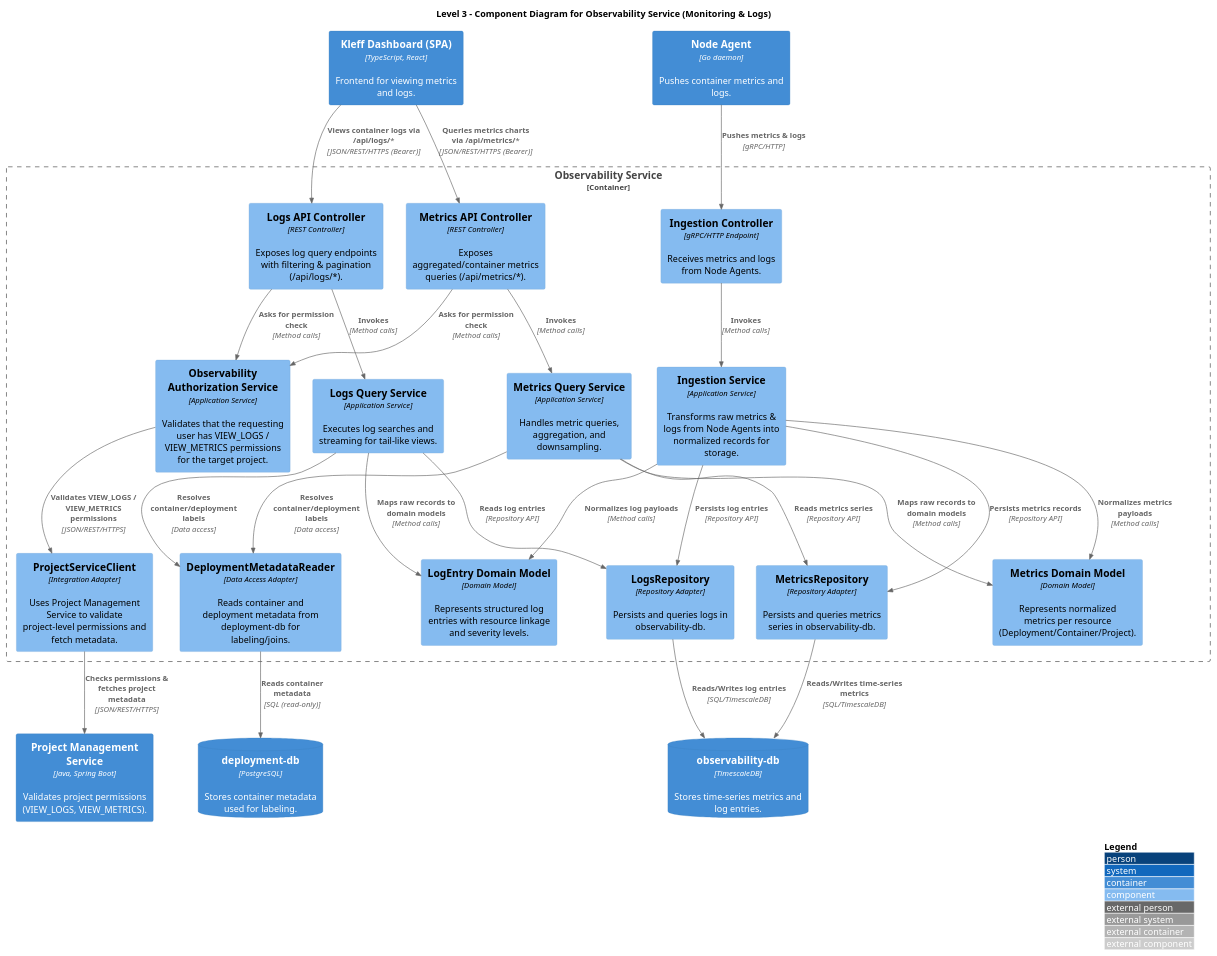
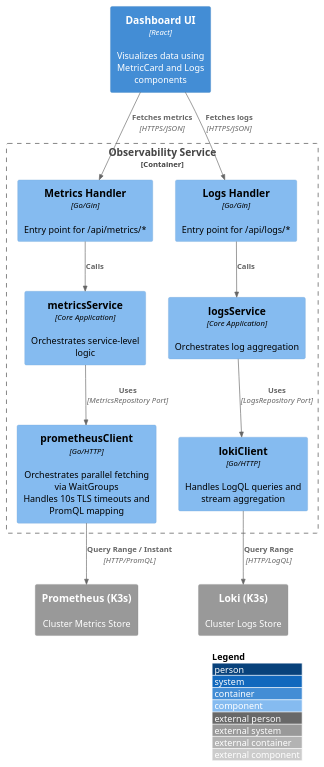
The diagram in docs/Observability/C4L3_Observability.puml (kleffio/.github), drawn with PlantUML before and after one commit.

Commit message:
Refactor Observability diagram and components

```diff
--- a/docs/Observability/C4L3_Observability.puml
+++ b/docs/Observability/C4L3_Observability.puml
@@ -1,87 +1,33 @@
-@startuml Kleff Hosting C4L3 - Observability
-!includeurl https://raw.githubusercontent.com/plantuml-stdlib/C4-PlantUML/master/C4_Component.puml
+@startuml Kleff Hosting - C4 Level 3 Observability Final
+!include https://raw.githubusercontent.com/plantuml-stdlib/C4-PlantUML/master/C4_Component.puml
 
 LAYOUT_WITH_LEGEND()
 
-title Level 3 - Component Diagram for Observability Service (Monitoring & Logs)
+Container(spa, "Dashboard UI", "React", "Visualizes data using MetricCard and Logs components")
 
-' ==== External Containers / Systems (from C4L2) ====
-Container(spa, "Kleff Dashboard (SPA)", "TypeScript, React", "Frontend for viewing metrics and logs.")
-Container(node_agent, "Node Agent", "Go daemon", "Pushes container metrics and logs.")
-Container(project_svc, "Project Management Service", "Java, Spring Boot", "Validates project permissions (VIEW_LOGS, VIEW_METRICS).")
-ContainerDb(obs_db, "observability-db", "TimescaleDB", "Stores time-series metrics and log entries.")
-ContainerDb(deployment_db, "deployment-db", "PostgreSQL", "Stores container metadata used for labeling.")
+Container_Boundary(obs_service, "Observability Service") {
+    Component(metrics_handler, "Metrics Handler", "Go/Gin", "Entry point for /api/metrics/*")
+    Component(logs_handler, "Logs Handler", "Go/Gin", "Entry point for /api/logs/*")
+    
+    Component(metrics_service, "metricsService", "Core Application", "Orchestrates service-level logic")
+    Component(logs_service, "logsService", "Core Application", "Orchestrates log aggregation")
 
-' ==== Observability Service Boundary ====
-Container_Boundary(obs_svc, "Observability Service") {
-
-  ' ---- API Layer (Controllers) ----
-  Component(metrics_api, "Metrics API Controller", "REST Controller", "Exposes aggregated/container metrics queries (/api/metrics/*).")
-
-  Component(logs_api, "Logs API Controller", "REST Controller", "Exposes log query endpoints with filtering & pagination (/api/logs/*).")
-
-  Component(ingest_api, "Ingestion Controller", "gRPC/HTTP Endpoint", "Receives metrics and logs from Node Agents.")
-
-  ' ---- Application / Service Layer ----
-  Component(metrics_query_svc, "Metrics Query Service", "Application Service", "Handles metric queries, aggregation, and downsampling.")
-
-  Component(logs_query_svc, "Logs Query Service", "Application Service", "Executes log searches and streaming for tail-like views.")
-
-  Component(ingest_svc, "Ingestion Service", "Application Service", "Transforms raw metrics & logs from Node Agents into normalized records for storage.")
-
-  Component(obs_auth_svc, "Observability Authorization Service", "Application Service", "Validates that the requesting user has VIEW_LOGS / VIEW_METRICS permissions for the target project.")
-
-  ' ---- Domain Layer ----
-  Component(metrics_domain, "Metrics Domain Model", "Domain Model", "Represents normalized metrics per resource (Deployment/Container/Project).")
-
-  Component(logs_domain, "LogEntry Domain Model", "Domain Model", "Represents structured log entries with resource linkage and severity levels.")
-
-  ' ---- Infrastructure / Adapters ----
-  Component(metrics_repo, "MetricsRepository", "Repository Adapter", "Persists and queries metrics series in observability-db.")
-
-  Component(logs_repo, "LogsRepository", "Repository Adapter", "Persists and queries logs in observability-db.")
-
-  Component(project_client, "ProjectServiceClient", "Integration Adapter", "Uses Project Management Service to validate project-level permissions and fetch metadata.")
-
-  Component(deployment_reader, "DeploymentMetadataReader", "Data Access Adapter", "Reads container and deployment metadata from deployment-db for labeling/joins.")
+    Component(prom_adapter, "prometheusClient", "Go/HTTP", "Orchestrates parallel fetching via WaitGroups\nHandles 10s TLS timeouts and PromQL mapping")
+    Component(loki_adapter, "lokiClient", "Go/HTTP", "Handles LogQL queries and stream aggregation")
 }
 
-' ==== Relationships: SPA -> Observability Service ====
-Rel(spa, metrics_api, "Queries metrics charts via /api/metrics/*", "JSON/REST/HTTPS (Bearer)")
-Rel(spa, logs_api, "Views container logs via /api/logs/*", "JSON/REST/HTTPS (Bearer)")
+System_Ext(prom, "Prometheus (K3s)", "Cluster Metrics Store")
+System_Ext(loki, "Loki (K3s)", "Cluster Logs Store")
 
-' ==== Relationships: Node Agent -> Observability Service ====
-Rel(node_agent, ingest_api, "Pushes metrics & logs", "gRPC/HTTP")
+Rel(spa, metrics_handler, "Fetches metrics", "HTTPS/JSON")
+Rel(spa, logs_handler, "Fetches logs", "HTTPS/JSON")
 
-' ==== API -> Application Layer ====
-Rel(metrics_api, obs_auth_svc, "Asks for permission check", "Method calls")
-Rel(metrics_api, metrics_query_svc, "Invokes", "Method calls")
+Rel(metrics_handler, metrics_service, "Calls")
+Rel(logs_handler, logs_service, "Calls")
 
-Rel(logs_api, obs_auth_svc, "Asks for permission check", "Method calls")
-Rel(logs_api, logs_query_svc, "Invokes", "Method calls")
+Rel(metrics_service, prom_adapter, "Uses", "MetricsRepository Port")
+Rel(logs_service, loki_adapter, "Uses", "LogsRepository Port")
 
-Rel(ingest_api, ingest_svc, "Invokes", "Method calls")
-
-' ==== Application -> Domain & Adapters ====
-Rel(obs_auth_svc, project_client, "Validates VIEW_LOGS / VIEW_METRICS permissions", "JSON/REST/HTTPS")
-
-Rel(metrics_query_svc, metrics_repo, "Reads metrics series", "Repository API")
-Rel(metrics_query_svc, metrics_domain, "Maps raw records to domain models", "Method calls")
-Rel(metrics_query_svc, deployment_reader, "Resolves container/deployment labels", "Data access")
-
-Rel(logs_query_svc, logs_repo, "Reads log entries", "Repository API")
-Rel(logs_query_svc, logs_domain, "Maps raw records to domain models", "Method calls")
-Rel(logs_query_svc, deployment_reader, "Resolves container/deployment labels", "Data access")
-
-Rel(ingest_svc, metrics_repo, "Persists metrics records", "Repository API")
-Rel(ingest_svc, logs_repo, "Persists log entries", "Repository API")
-Rel(ingest_svc, metrics_domain, "Normalizes metrics payloads", "Method calls")
-Rel(ingest_svc, logs_domain, "Normalizes log payloads", "Method calls")
-
-' ==== Adapters -> External Systems ====
-Rel(metrics_repo, obs_db, "Reads/Writes time-series metrics", "SQL/TimescaleDB")
-Rel(logs_repo, obs_db, "Reads/Writes log entries", "SQL/TimescaleDB")
-Rel(project_client, project_svc, "Checks permissions & fetches project metadata", "JSON/REST/HTTPS")
-Rel(deployment_reader, deployment_db, "Reads container metadata", "SQL (read-only)")
-
+Rel(prom_adapter, prom, "Query Range / Instant", "HTTP/PromQL")
+Rel(loki_adapter, loki, "Query Range", "HTTP/LogQL")
 @enduml
```
